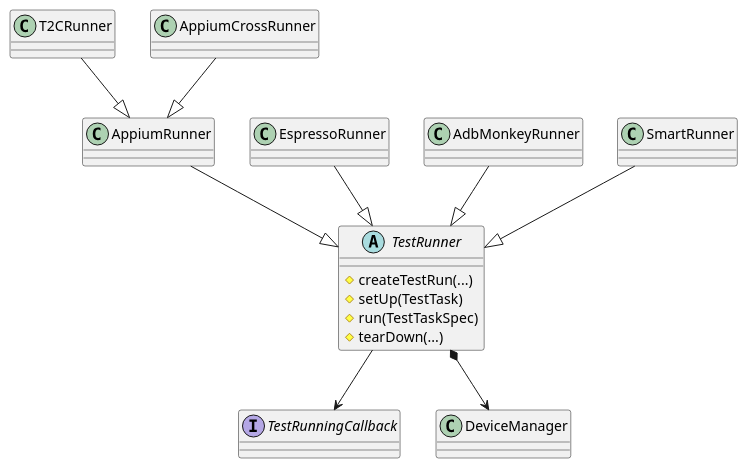
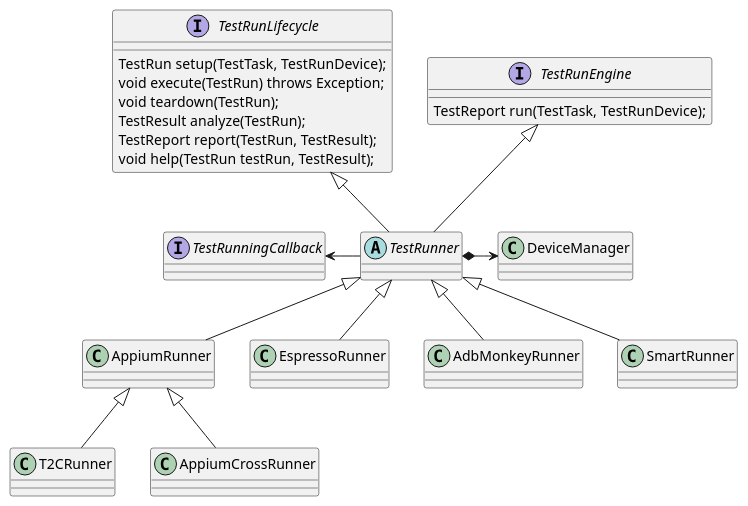
One commit to microsoft/HydraLab changed the first of 7 diagrams in agent/doc/UML/test_runner_design.puml. Above: the diagram before and after it, drawn with PlantUML. The commit also changed other lines of this file and 7 other files, not shown here.

Commit message:
update class name and UML

```diff
--- a/agent/doc/UML/test_runner_design.puml
+++ b/agent/doc/UML/test_runner_design.puml
@@ -1,21 +1,35 @@
 @startuml test_runner_class_relation
 abstract class TestRunner {
-    #createTestRun(...)
-    #setUp(TestTask)
-    #run(TestTaskSpec)
-    #tearDown(...)
 }
+
+interface TestRunEngine {
+    TestReport run(TestTask, TestRunDevice);
+}
+interface TestRunLifecycle {
+    TestRun setup(TestTask, TestRunDevice);
+    void execute(TestRun) throws Exception;
+    void teardown(TestRun);
+    TestResult analyze(TestRun);
+    TestReport report(TestRun, TestResult);
+    void help(TestRun testRun, TestResult);
+}
+
+TestRunner -u-|> TestRunEngine
+TestRunner -u-|> TestRunLifecycle
+
+AppiumRunner -u-|> TestRunner
+EspressoRunner -u-|> TestRunner
+AdbMonkeyRunner -u-|> TestRunner
+T2CRunner -u-|> AppiumRunner
+SmartRunner -u-|> TestRunner
+
+
 interface TestRunningCallback
+TestRunner -l-> TestRunningCallback
 
-AppiumRunner --|> TestRunner
-EspressoRunner --|> TestRunner
-AdbMonkeyRunner --|> TestRunner
-T2CRunner --|> AppiumRunner
-SmartRunner --|> TestRunner
+TestRunner *-r-> DeviceManager
 
-TestRunner --> TestRunningCallback
+AppiumCrossRunner -u-|> AppiumRunner
 
-TestRunner *--> DeviceManager
 
-AppiumCrossRunner --|> AppiumRunner
 @enduml
```
